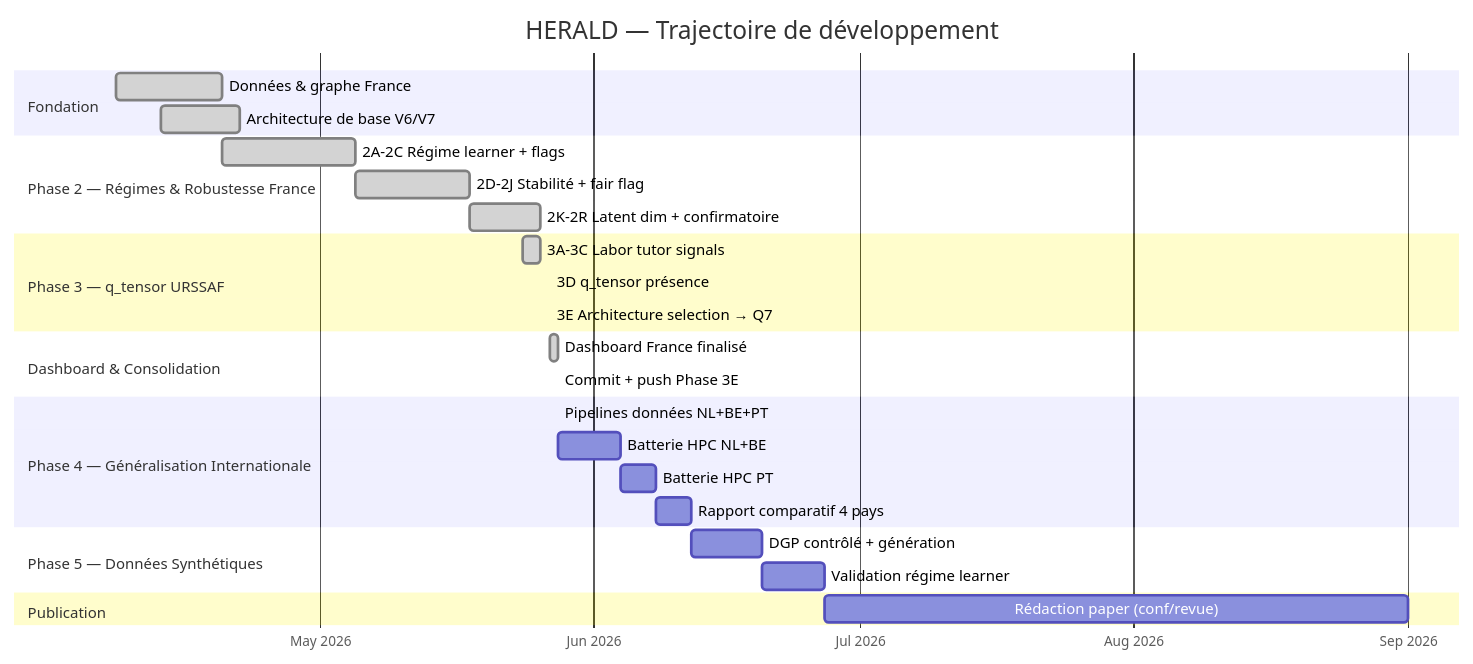
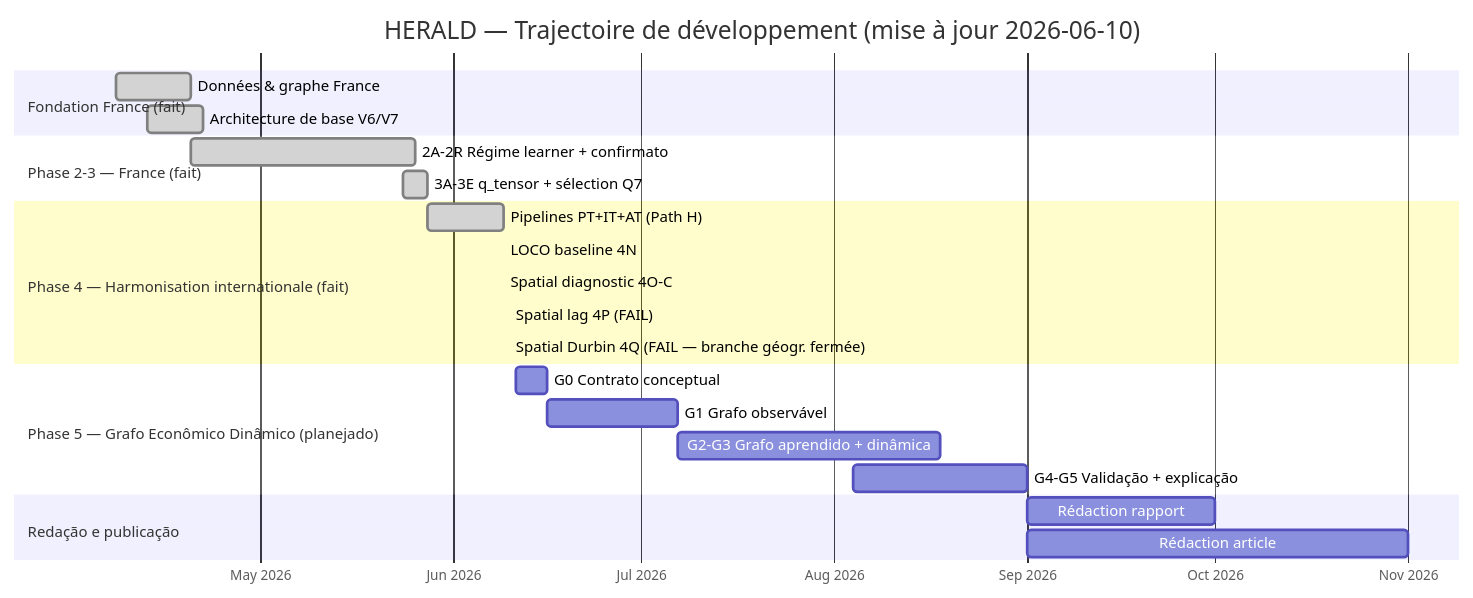
One commit to Jpmartinslag/neural-temporal-relational-model changed the diagram in README.md. Above: the diagram before and after it, drawn with Mermaid. The commit also changed other lines of this file and 9 other files, not shown here.

First line of the commit message:
docs: correct dynamic economic graph roadmap and data scope

````diff
--- a/README.md
+++ b/README.md
@@ -9,37 +11,31 @@
 ```mermaid
 gantt
-    title HERALD — Trajectoire de développement
+    title HERALD — Trajectoire de développement (mise à jour 2026-06-10)
     dateFormat  YYYY-MM-DD
     axisFormat  %b %Y
 
-    section Fondation
+    section Fondation France (fait)
     Données & graphe France          :done, found1, 2026-04-08, 2026-04-20
     Architecture de base V6/V7       :done, found2, 2026-04-13, 2026-04-22
 
-    section Phase 2 — Régimes & Robustesse France
-    2A-2C Régime learner + flags     :done, p2a, 2026-04-20, 2026-05-05
-    2D-2J Stabilité + fair flag      :done, p2d, 2026-05-05, 2026-05-18
-    2K-2R Latent dim + confirmatoire :done, p2k, 2026-05-18, 2026-05-26
+    section Phase 2-3 — France (fait)
+    2A-2R Régime learner + confirmato :done, p2, 2026-04-20, 2026-05-26
+    3A-3E q_tensor + sélection Q7     :done, p3, 2026-05-24, 2026-05-28
 
-    section Phase 3 — q_tensor URSSAF
-    3A-3C Labor tutor signals        :done, p3a, 2026-05-24, 2026-05-26
-    3D q_tensor présence             :done, p3d, 2026-05-27, 2026-05-27
-    3E Architecture selection → Q7   :done, p3e, 2026-05-27, 2026-05-27
+    section Phase 4 — Harmonisation internationale (fait)
+    Pipelines PT+IT+AT (Path H)      :done, p4data, 2026-05-28, 2026-06-09
+    LOCO baseline 4N                 :done, p4n, 2026-06-09, 2026-06-09
+    Spatial diagnostic 4O-C          :done, p4o, 2026-06-09, 2026-06-09
+    Spatial lag 4P (FAIL)            :done, p4p, 2026-06-10, 2026-06-10
+    Spatial Durbin 4Q (FAIL — branche géogr. fermée) :done, p4q, 2026-06-10, 2026-06-10
 
-    section Dashboard & Consolidation
-    Dashboard France finalisé        :done, dash, 2026-05-27, 2026-05-28
-    Commit + push Phase 3E           :done, commit, 2026-05-28, 2026-05-28
+    section Phase 5 — Grafo Econômico Dinâmico (planejado)
+    G0 Contrato conceptual           :p5g0, 2026-06-11, 2026-06-16
+    G1 Grafo observável              :p5g1, 2026-06-16, 2026-07-07
+    G2-G3 Grafo aprendido + dinâmica :p5g2, 2026-07-07, 2026-08-18
+    G4-G5 Validação + explicação     :p5g4, 2026-08-04, 2026-09-01
 
-    section Phase 4 — Généralisation Internationale
-    Pipelines données NL+BE+PT       :done, p4data, 2026-05-28, 2026-05-28
-    Batterie HPC NL+BE               :p4hpc_nb, 2026-05-28, 2026-06-04
-    Batterie HPC PT                  :p4hpc_pt, 2026-06-04, 2026-06-08
-    Rapport comparatif 4 pays        :p4rep, 2026-06-08, 2026-06-12
-
-    section Phase 5 — Données Synthétiques
-    DGP contrôlé + génération        :p5gen, 2026-06-12, 2026-06-20
-    Validation régime learner        :p5val, 2026-06-20, 2026-06-27
-
-    section Publication
-    Rédaction paper (conf/revue)     :paper, 2026-06-27, 2026-09-01
+    section Redação e publicação
+    Rédaction rapport                :rep, after p5g4, 2026-10-01
+    Rédaction article                :paper, after p5g4, 2026-11-01
 ```
````
